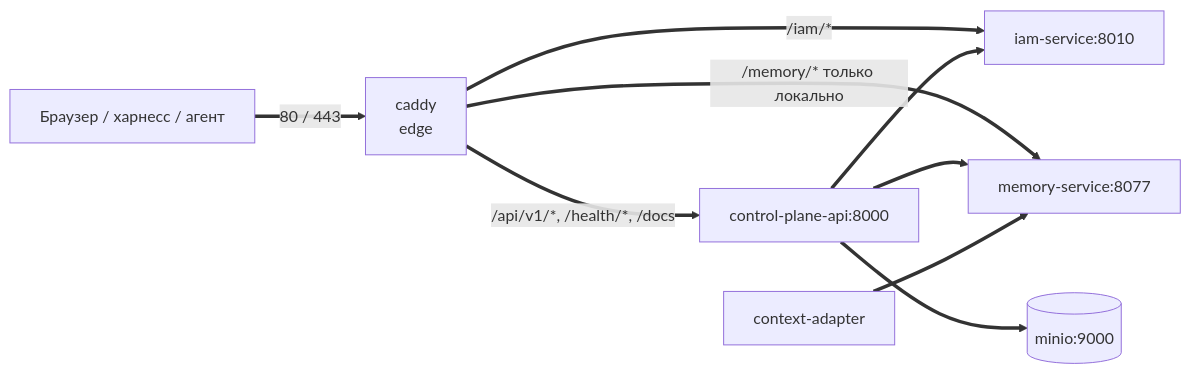
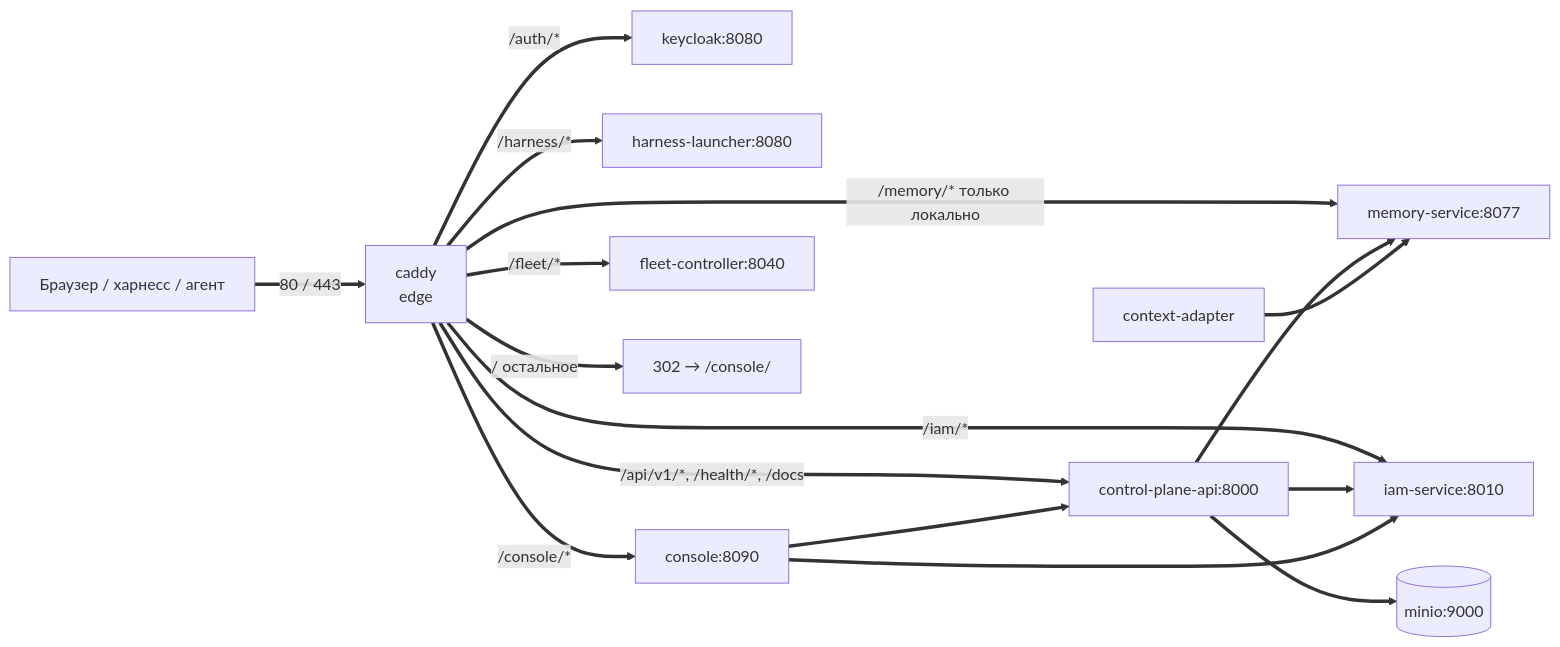
The diagram in guide/docs/reference/services-and-ports.ru.md (taimen-ai/taimen), drawn with Mermaid before and after one commit. The commit also changed other lines of this file and 123 other files, not shown here.

First line of the commit message:
guide: fleet, console, assistant and Keycloak sign-in in the public guide

````diff
--- a/guide/docs/reference/services-and-ports.ru.md
+++ b/guide/docs/reference/services-and-ports.ru.md
@@ -12,11 +12,18 @@
 ```mermaid
 flowchart LR
     B[Браузер / харнесс / агент] ==>|80 / 443| CADDY[caddy<br/>edge]
     CADDY ==>|/iam/*| IAM[iam-service:8010]
     CADDY ==>|/api/v1/*, /health/*, /docs| CP[control-plane-api:8000]
+    CADDY ==>|/auth/*| KC[keycloak:8080]
+    CADDY ==>|/harness/*| HL[harness-launcher:8080]
+    CADDY ==>|/console/*| CON[console:8090]
+    CADDY ==>|/fleet/*| FC[fleet-controller:8040]
     CADDY ==>|/memory/* только локально| MEM[memory-service:8077]
+    CADDY ==>|/ остальное| R[302 → /console/]
     CP ==> MEM
     CP ==> MINIO[(minio:9000)]
     CP ==> IAM
     CA[context-adapter] ==> MEM
+    CON ==> CP
+    CON ==> IAM
 ```
````
